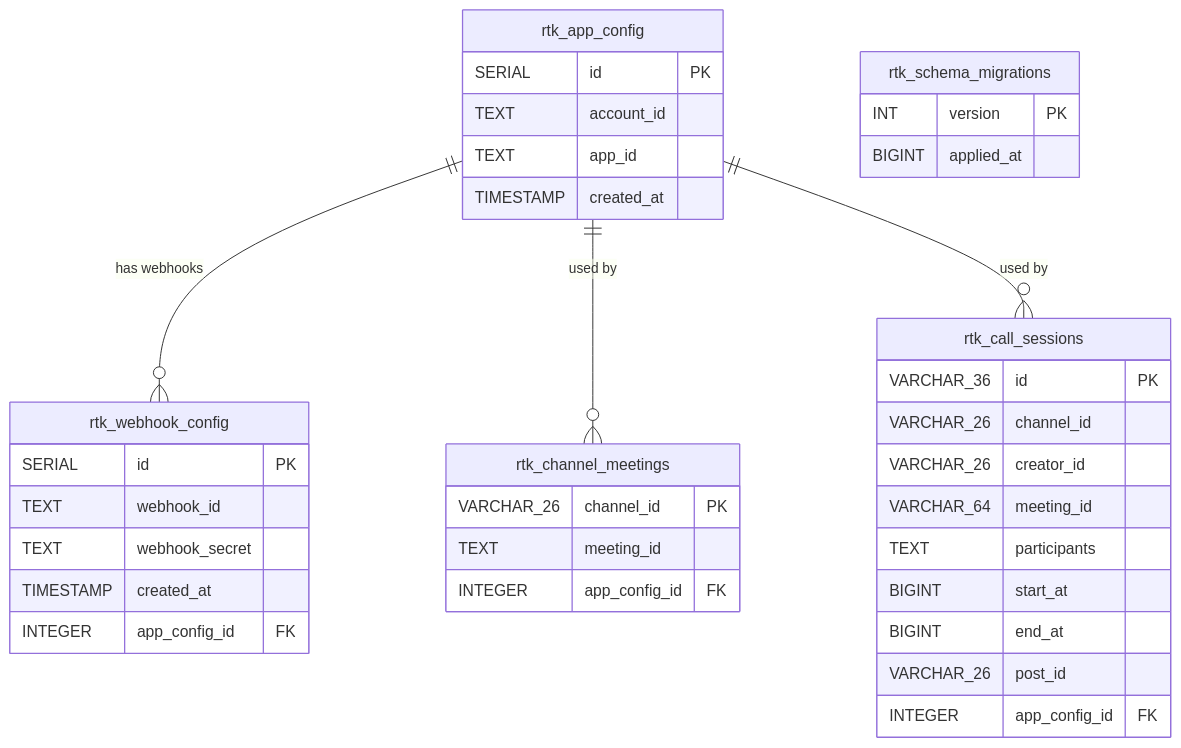
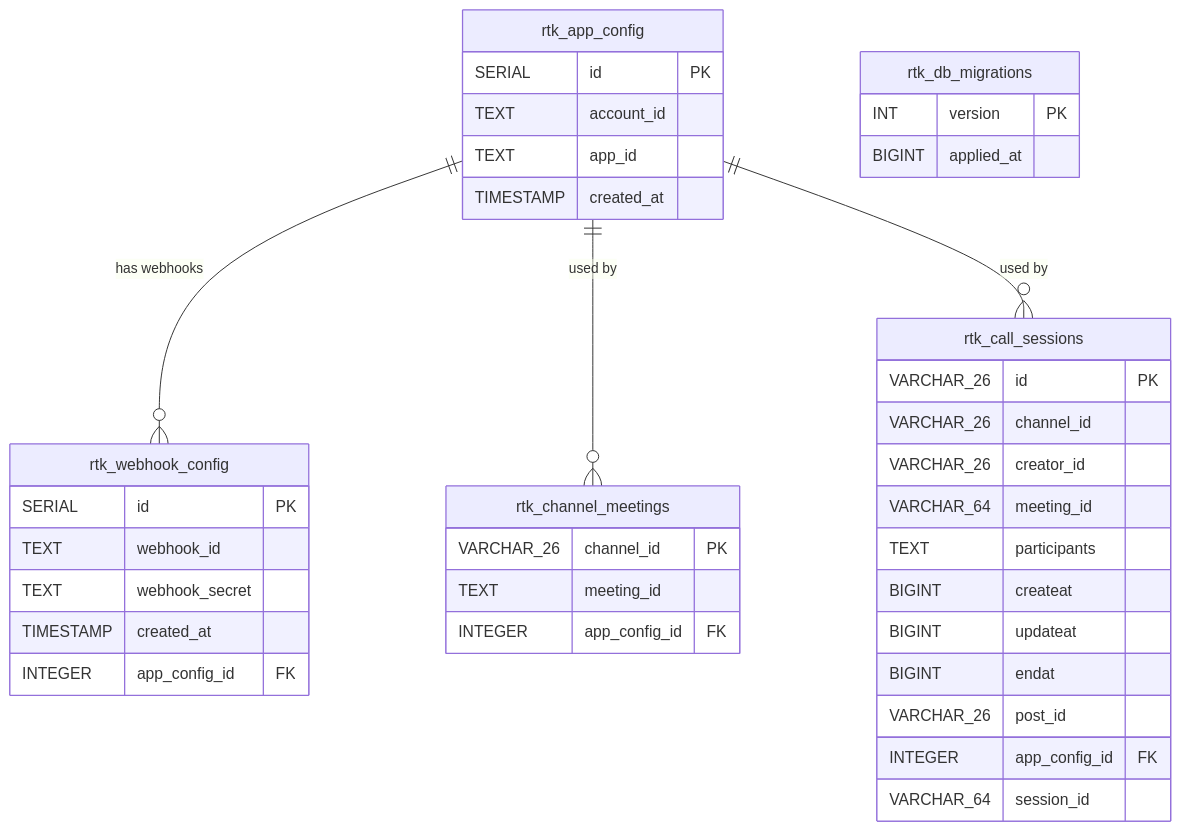
The diagram in docs/er-diagram.md (kondo97/mattermost-plugin-rtk), drawn with Mermaid before and after one commit. The commit also changed other lines of this file and 11 other files, not shown here.

````diff
--- a/docs/er-diagram.md
+++ b/docs/er-diagram.md
@@ -5,44 +5,46 @@
 ```mermaid
 erDiagram
     rtk_app_config {
         SERIAL    id PK
         TEXT      account_id
         TEXT      app_id
         TIMESTAMP created_at
     }
 
     rtk_webhook_config {
         SERIAL    id PK
         TEXT      webhook_id
         TEXT      webhook_secret
         TIMESTAMP created_at
         INTEGER   app_config_id FK
     }
 
     rtk_channel_meetings {
         VARCHAR_26 channel_id PK
         TEXT       meeting_id
         INTEGER    app_config_id FK
     }
 
     rtk_call_sessions {
-        VARCHAR_36 id PK
+        VARCHAR_26 id PK
         VARCHAR_26 channel_id
         VARCHAR_26 creator_id
         VARCHAR_64 meeting_id
         TEXT       participants
-        BIGINT     start_at
-        BIGINT     end_at
+        BIGINT     createat
+        BIGINT     updateat
+        BIGINT     endat
         VARCHAR_26 post_id
         INTEGER    app_config_id FK
+        VARCHAR_64 session_id
     }
 
-    rtk_schema_migrations {
+    rtk_db_migrations {
         INT    version PK
         BIGINT applied_at
     }
 
     rtk_app_config ||--o{ rtk_webhook_config    : "has webhooks"
     rtk_app_config ||--o{ rtk_channel_meetings  : "used by"
     rtk_app_config ||--o{ rtk_call_sessions     : "used by"
 ```
````
